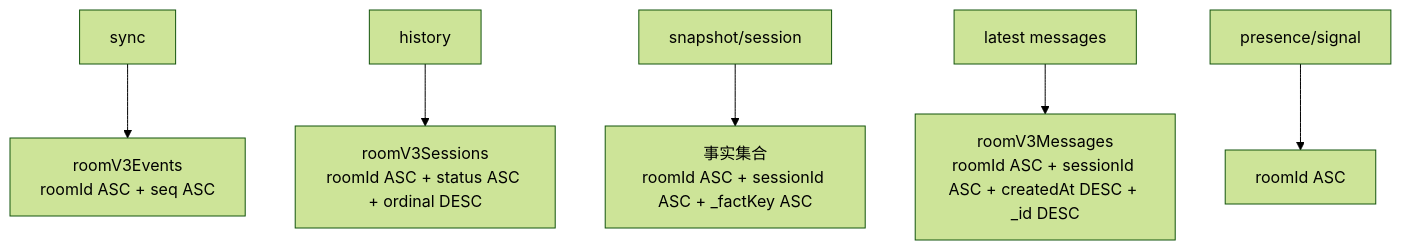
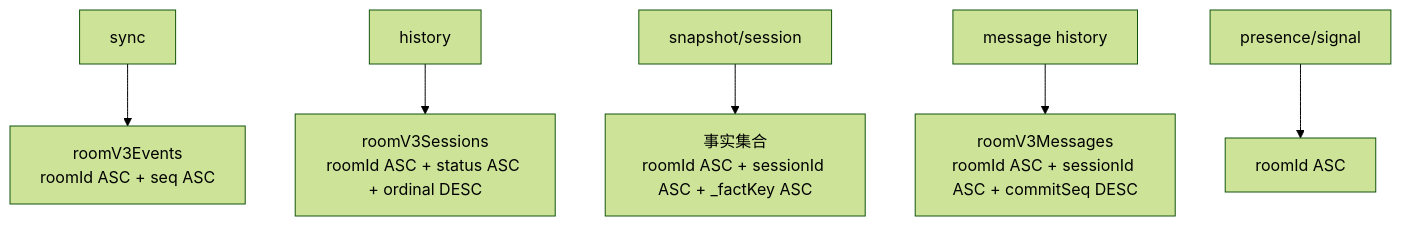
One commit to Bubble-419/cardboard-miniprogram changed the second of 6 diagrams in docs/ROOM_PROTOCOL_V3_DEPLOYMENT.md. Above: the diagram before and after it, drawn with Mermaid (forest theme). The commit also changed other lines of this file and 40 other files, not shown here.

````diff
--- a/docs/ROOM_PROTOCOL_V3_DEPLOYMENT.md
+++ b/docs/ROOM_PROTOCOL_V3_DEPLOYMENT.md
@@ -45,8 +45,8 @@
 ```mermaid
 flowchart TB
   SYNC[sync] --> EIDX[roomV3Events<br/>roomId ASC + seq ASC]
   HISTORY[history] --> SIDX[roomV3Sessions<br/>roomId ASC + status ASC + ordinal DESC]
   SNAPSHOT[snapshot/session] --> FIDX[事实集合<br/>roomId ASC + sessionId ASC + _factKey ASC]
-  MSG[latest messages] --> MIDX[roomV3Messages<br/>roomId ASC + sessionId ASC + createdAt DESC + _id DESC]
+  MSG[message history] --> MIDX[roomV3Messages<br/>roomId ASC + sessionId ASC + commitSeq DESC]
   EPHEMERAL[presence/signal] --> PIDX[roomId ASC]
 ```
````
